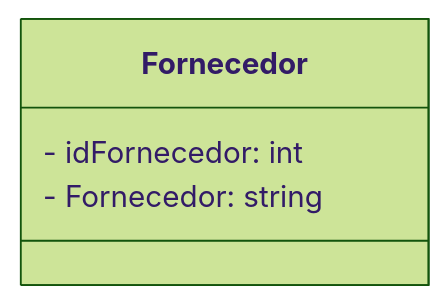
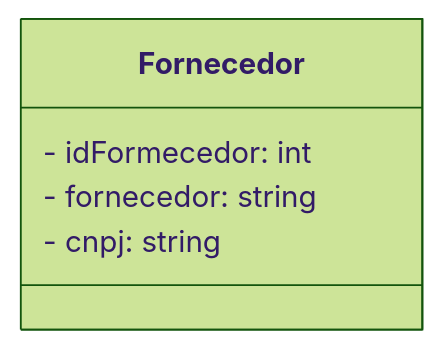
One commit to MTECHDevelopment/poojavaceub-grupo-3 changed the diagram in Fornecedor.md. Above: the diagram before and after it, drawn with Mermaid (forest theme).

````diff
--- a/Fornecedor.md
+++ b/Fornecedor.md
@@ -2,8 +2,9 @@
 ```mermaid
 classDiagram
   class Fornecedor{
-    - idFornecedor: int
-    - Fornecedor: string
+    - idFormecedor: int
+    - fornecedor: string
+    - cnpj: string
   }
 
 ```
````
